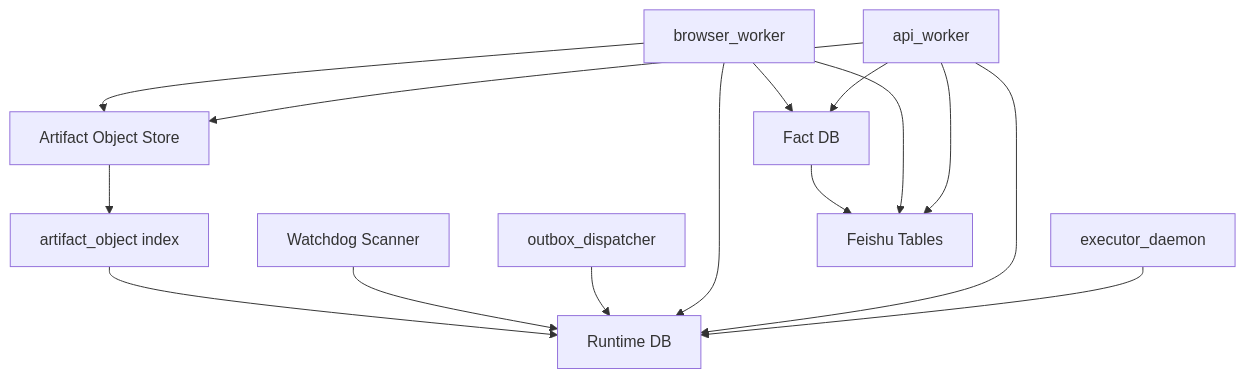
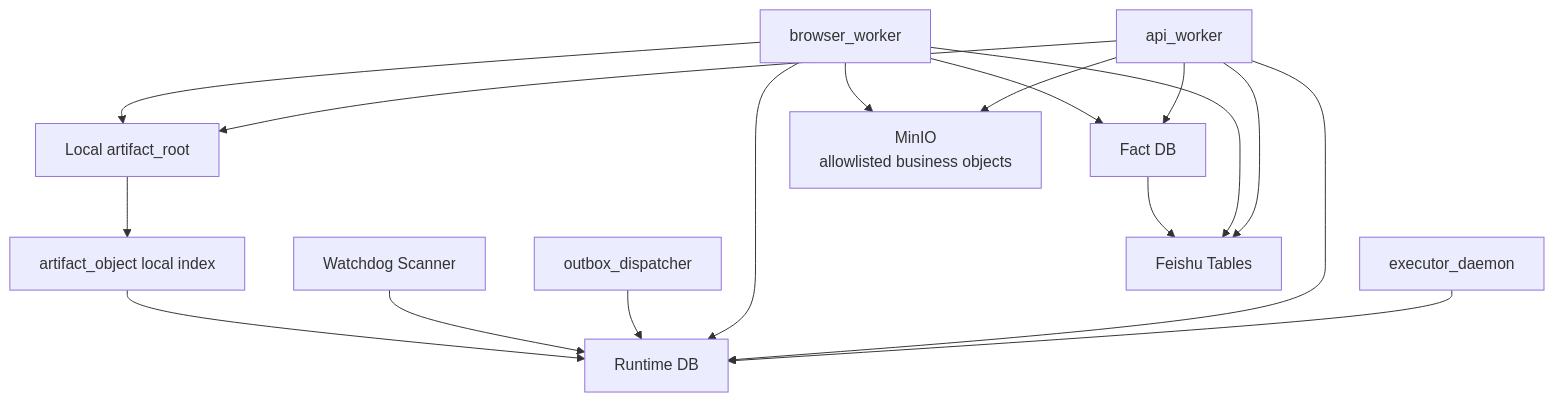
The fourth of 4 diagrams in docs/arch/database-architecture-design.md (knighterrantsky/mujitask), drawn with Mermaid before and after one commit. The commit also changed other lines of this file and 71 other files, not shown here.

Commit message:
feat: enforce durable business object storage

````diff
--- a/docs/arch/database-architecture-design.md
+++ b/docs/arch/database-architecture-design.md
@@ -323,20 +331,23 @@
 ```mermaid
 flowchart TD
     A["executor_daemon"] --> B["Runtime DB"]
     C["api_worker"] --> B
     D["browser_worker"] --> B
     E["outbox_dispatcher"] --> B
     F["Watchdog Scanner"] --> B
 
     C --> G["Fact DB"]
     D --> G
 
-    C --> H["Artifact Object Store"]
+    C --> H["Local artifact_root"]
     D --> H
-    H --> I["artifact_object index"]
+    H --> I["artifact_object local index"]
     I --> B
+
+    C --> K["MinIO<br/>allowlisted business objects"]
+    D --> K
 
     C --> J["Feishu Tables"]
     D --> J
     G --> J
 ```
````
